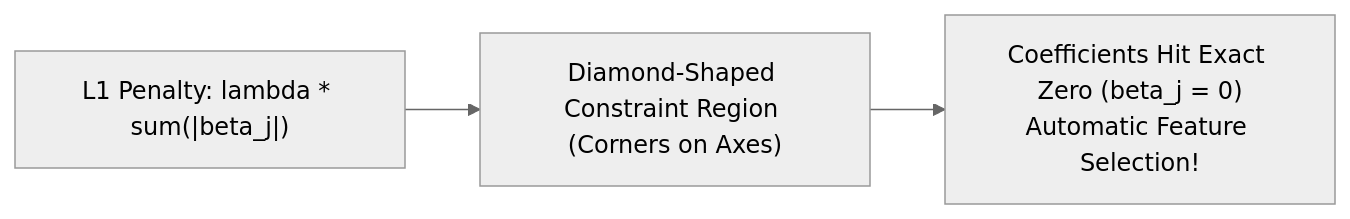
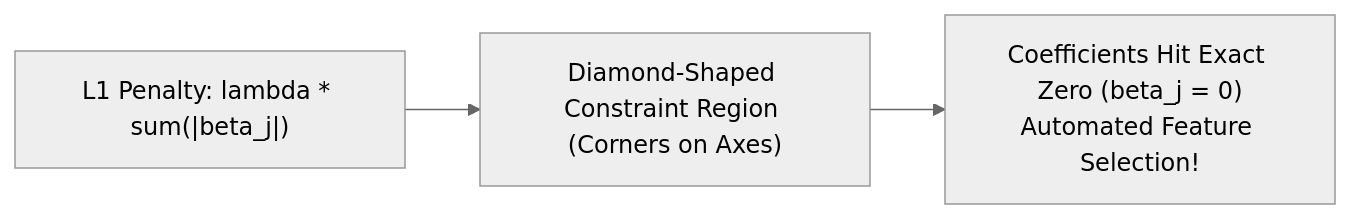
One commit to xrcodexcode/xr_node changed the diagram in 01_RAW/PROCESS/learn-core-machine-learning-part-11.md. Above: the diagram before and after it, drawn with Mermaid (neutral theme). The commit also changed other lines of this file and 15 other files, not shown here.

````diff
--- a/01_RAW/PROCESS/learn-core-machine-learning-part-11.md
+++ b/01_RAW/PROCESS/learn-core-machine-learning-part-11.md
@@ -69,5 +69,5 @@
 ```mermaid
 flowchart LR
-    LassoPenalty["L1 Penalty: lambda * sum(|beta_j|)"] --> Diamond["Diamond-Shaped Constraint Region (Corners on Axes)"]
-    Diamond --> FeatureSelection["Coefficients Hit Exact Zero (beta_j = 0)<br/>Automatic Feature Selection!"]
+    LassoPen["L1 Penalty: lambda * sum(|beta_j|)"] --> Diamond["Diamond-Shaped Constraint Region (Corners on Axes)"]
+    Diamond --> FeatureSelection["Coefficients Hit Exact Zero (beta_j = 0)<br/>Automated Feature Selection!"]
 ```
````
